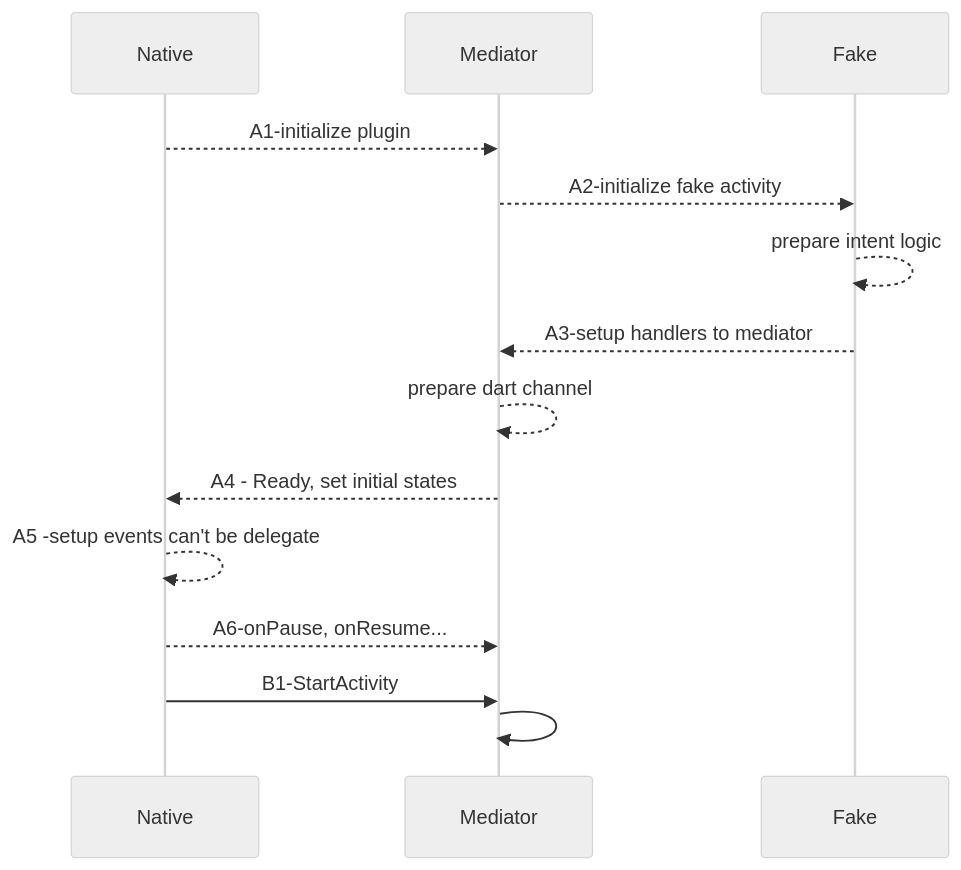
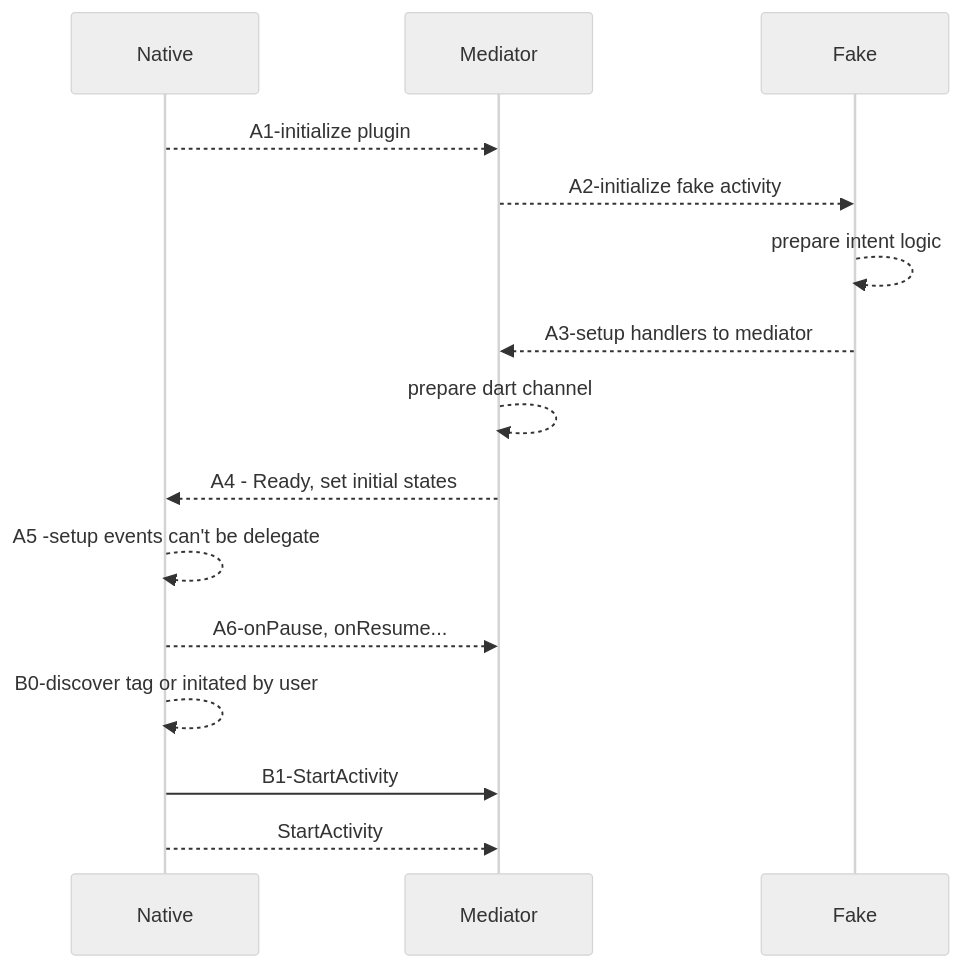
One commit to gordianknotC/nxp_note changed the second of 2 diagrams in flutter/addActivityResultListener.md. Above: the diagram before and after it, drawn with Mermaid (neutral theme). The commit also changed other lines of this file, not shown here.

Commit message:
flutter/addActivityResultListener.md updated from https://stackedit.io/

````diff
--- a/flutter/addActivityResultListener.md
+++ b/flutter/addActivityResultListener.md
@@ -55,19 +55,20 @@
 ```mermaid
 sequenceDiagram
 participant Native
 participant Mediator
 participant Fake
 
 Native -->> Mediator: A1-initialize plugin
 Mediator -->> Fake: A2-initialize fake activity
 Fake -->> Fake: prepare intent logic
 Fake -->> Mediator: A3-setup handlers to mediator
 Mediator -->> Mediator: prepare dart channel
 Mediator -->> Native: A4 - Ready, set initial states
 Native -->> Native: A5 -setup events can't be delegate
 Native -->> Mediator: A6-onPause, onResume...
 
+Native -->> Native: B0-discover tag or initated by user
 Native ->> Mediator: B1-StartActivity
-Mediator ->> Mediator: 
+Native -->> Mediator: StartActivity
 
 ```
````
